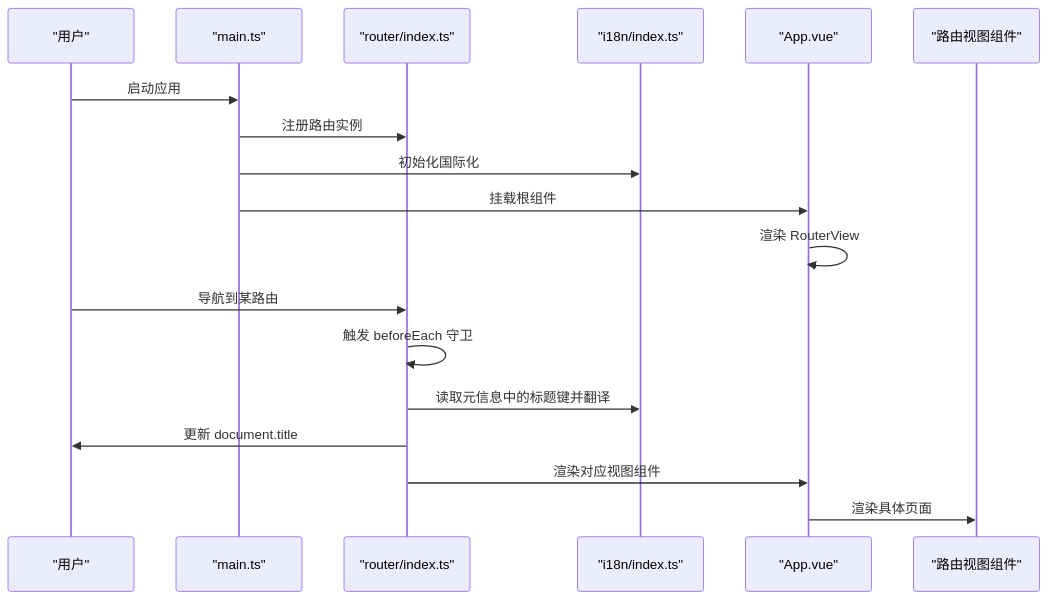
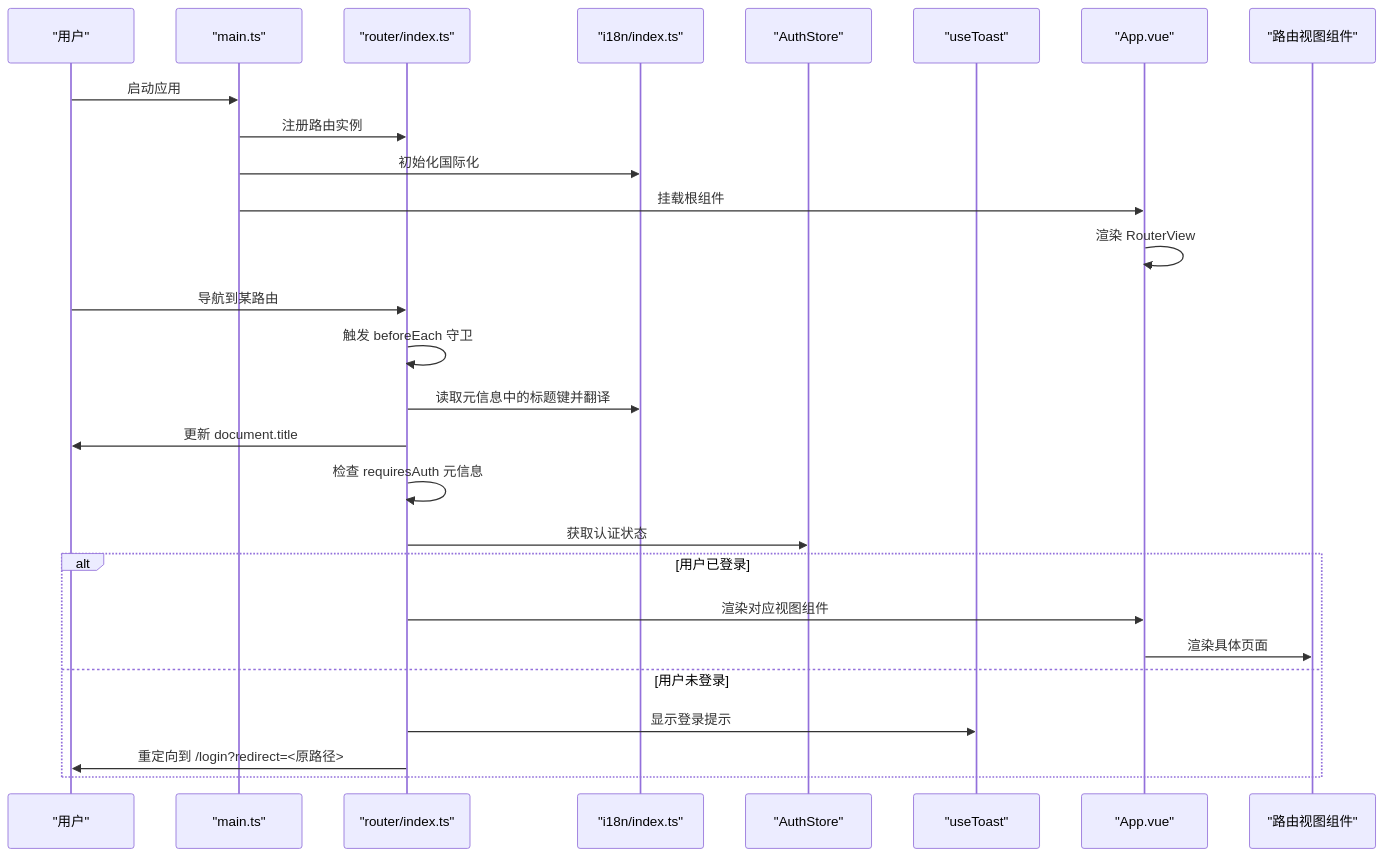
The second of 3 diagrams in .qoder/repowiki/zh/content/前端架构/路由系统.md (xixixiaoyu/Todo), drawn with Mermaid before and after one commit. The commit also changed other lines of this file and 5 other files, not shown here.

````diff
--- a/.qoder/repowiki/zh/content/前端架构/路由系统.md
+++ b/.qoder/repowiki/zh/content/前端架构/路由系统.md
@@ -99,20 +112,29 @@
 ```mermaid
 sequenceDiagram
 participant U as "用户"
 participant M as "main.ts"
 participant R as "router/index.ts"
 participant I as "i18n/index.ts"
+participant AS as "AuthStore"
+participant T as "useToast"
 participant A as "App.vue"
 participant V as "路由视图组件"
 U->>M : 启动应用
 M->>R : 注册路由实例
 M->>I : 初始化国际化
 M->>A : 挂载根组件
 A->>A : 渲染 RouterView
 U->>R : 导航到某路由
 R->>R : 触发 beforeEach 守卫
 R->>I : 读取元信息中的标题键并翻译
 R->>U : 更新 document.title
+R->>R : 检查 requiresAuth 元信息
+R->>AS : 获取认证状态
+alt 用户已登录
 R->>A : 渲染对应视图组件
 A->>V : 渲染具体页面
+else 用户未登录
+R->>T : 显示登录提示
+R->>U : 重定向到 /login?redirect=<原路径>
+end
 ```
````
